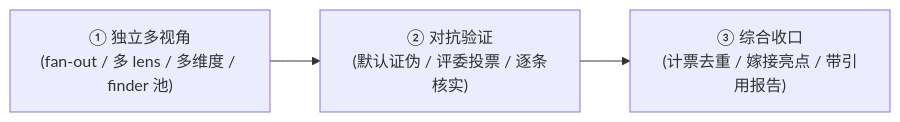
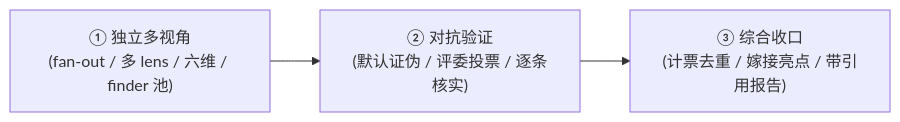
Before and after one commit to AGI-is-going-to-arrive/workflow-cookbook: the third of 3 diagrams in docs/zh/p5-24-extraction.md, drawn with Mermaid. The commit also changed other lines of this file and 78 other files, not shown here.

````diff
--- a/docs/zh/p5-24-extraction.md
+++ b/docs/zh/p5-24-extraction.md
@@ -917,5 +917,5 @@
 ```mermaid
 flowchart LR
-  A["① 独立多视角<br/>(fan-out / 多 lens / 多维度 / finder 池)"] --> B["② 对抗验证<br/>(默认证伪 / 评委投票 / 逐条核实)"]
+  A["① 独立多视角<br/>(fan-out / 多 lens / 六维 / finder 池)"] --> B["② 对抗验证<br/>(默认证伪 / 评委投票 / 逐条核实)"]
   B --> C["③ 综合收口<br/>(计票去重 / 嫁接亮点 / 带引用报告)"]
 ```
````
